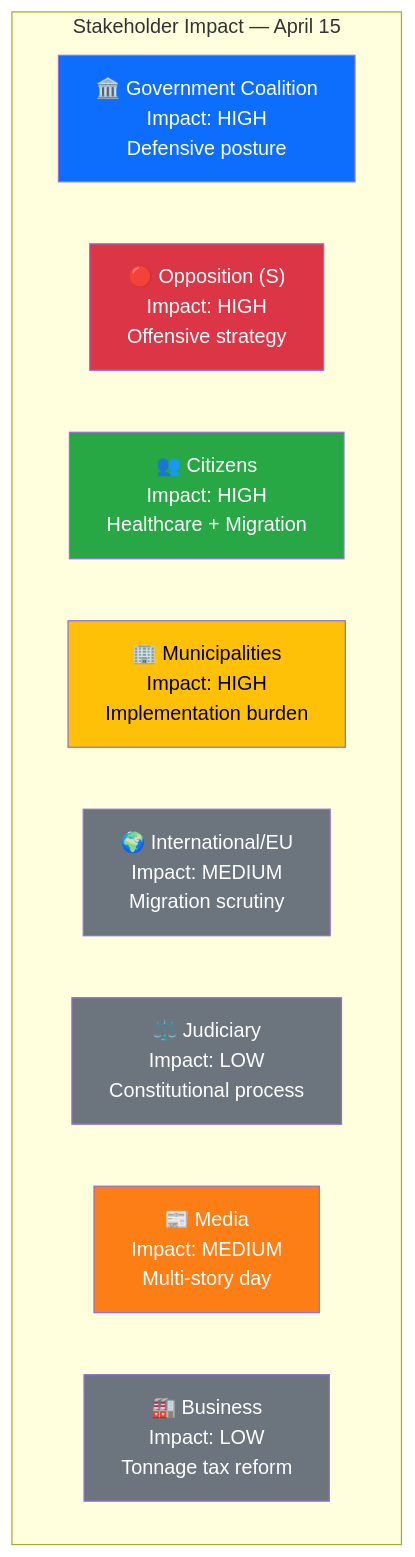
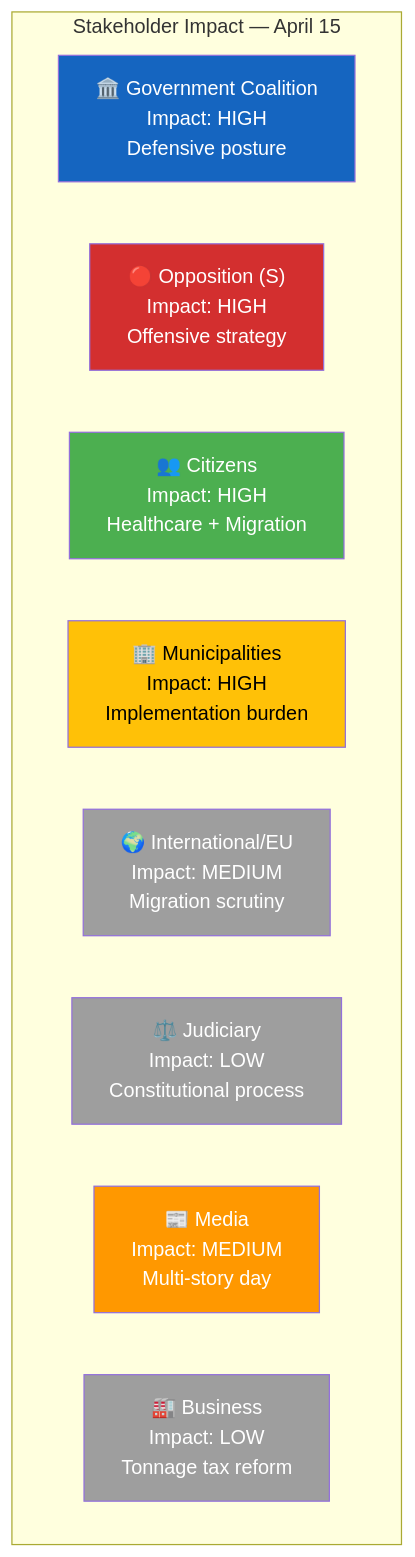
The diagram in analysis/daily/2026-04-15/realtime-0954/stakeholder-perspectives.md (Hack23/riksdagsmonitor), drawn with Mermaid before and after one commit. The commit also changed 785 other files, not shown here.

First line of the commit message:
Normalize mermaid colors across 786 analysis artifacts to ISMS Style Guide palette

````diff
--- a/analysis/daily/2026-04-15/realtime-0954/stakeholder-perspectives.md
+++ b/analysis/daily/2026-04-15/realtime-0954/stakeholder-perspectives.md
@@ -16,22 +16,22 @@
 ```mermaid
 graph TD
     subgraph "Stakeholder Impact — April 15"
         S1["🏛️ Government Coalition<br/>Impact: HIGH<br/>Defensive posture"]
         S2["🔴 Opposition (S)<br/>Impact: HIGH<br/>Offensive strategy"]
         S3["👥 Citizens<br/>Impact: HIGH<br/>Healthcare + Migration"]
         S4["🏢 Municipalities<br/>Impact: HIGH<br/>Implementation burden"]
         S5["🌍 International/EU<br/>Impact: MEDIUM<br/>Migration scrutiny"]
         S6["⚖️ Judiciary<br/>Impact: LOW<br/>Constitutional process"]
         S7["📰 Media<br/>Impact: MEDIUM<br/>Multi-story day"]
         S8["🏭 Business<br/>Impact: LOW<br/>Tonnage tax reform"]
     end
 
-    style S1 fill:#0d6efd,color:#fff
-    style S2 fill:#dc3545,color:#fff
-    style S3 fill:#28a745,color:#fff
-    style S4 fill:#ffc107,color:#000
-    style S5 fill:#6c757d,color:#fff
-    style S6 fill:#6c757d,color:#fff
-    style S7 fill:#fd7e14,color:#fff
-    style S8 fill:#6c757d,color:#fff
+    style S1 fill:#1565C0,color:#FFFFFF
+    style S2 fill:#D32F2F,color:#FFFFFF
+    style S3 fill:#4CAF50,color:#FFFFFF
+    style S4 fill:#FFC107,color:#000000
+    style S5 fill:#9E9E9E,color:#FFFFFF
+    style S6 fill:#9E9E9E,color:#FFFFFF
+    style S7 fill:#FF9800,color:#FFFFFF
+    style S8 fill:#9E9E9E,color:#FFFFFF
 ```
````
